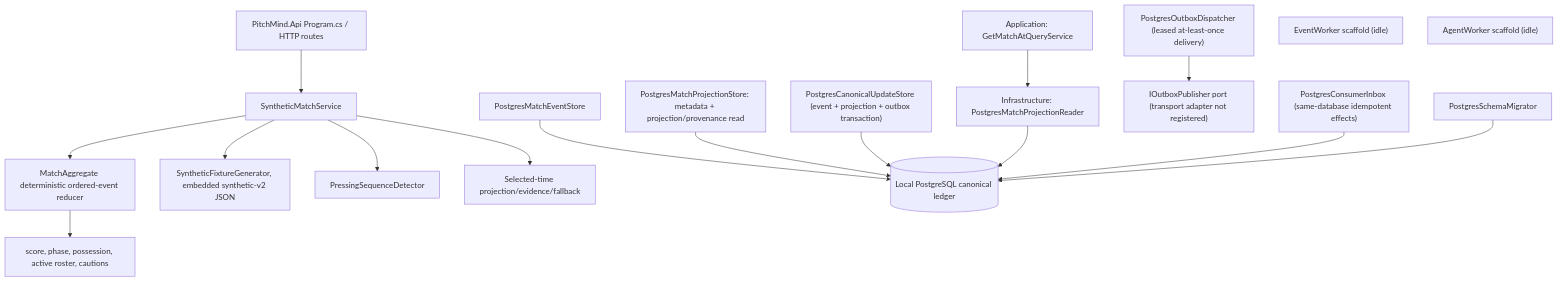
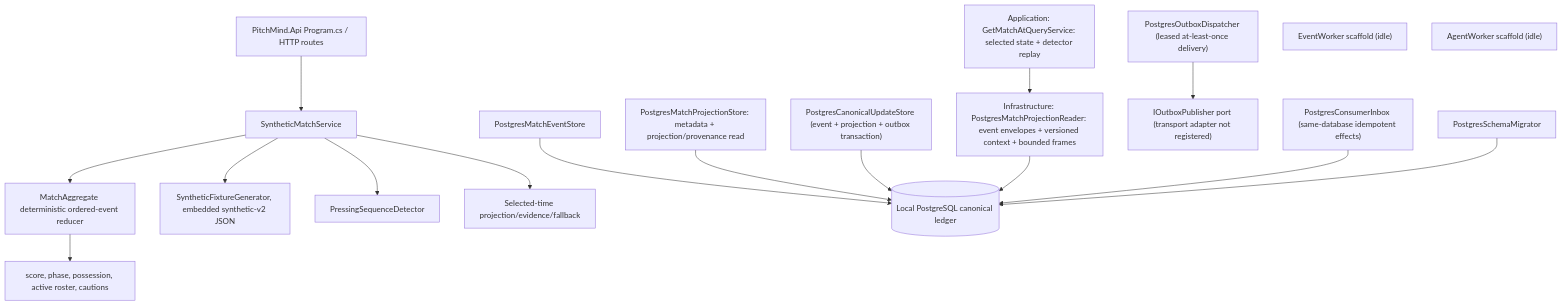
The first of 2 diagrams in docs/architecture/03-components.md (prateekgangopadhyay/PitchMind), drawn with Mermaid before and after one commit. The commit also changed other lines of this file and 5 other files, not shown here.

````diff
--- a/docs/architecture/03-components.md
+++ b/docs/architecture/03-components.md
@@ -9,18 +9,18 @@
 ```mermaid
 flowchart TB
   API["PitchMind.Api Program.cs / HTTP routes"] --> Match["SyntheticMatchService"]
   Match --> Aggregate["MatchAggregate deterministic ordered-event reducer"]
   Aggregate --> State["score, phase, possession, active roster, cautions"]
   Match --> Fixture["SyntheticFixtureGenerator, embedded synthetic-v2 JSON"]
   Match --> Press["PressingSequenceDetector"]
   Match --> Replay["Selected-time projection/evidence/fallback"]
   Ledger["PostgresMatchEventStore"] --> DB[("Local PostgreSQL canonical ledger")]
   ProjectionRead["PostgresMatchProjectionStore: metadata + projection/provenance read"] --> DB
   CanonicalWrite["PostgresCanonicalUpdateStore (event + projection + outbox transaction)"] --> DB
-  PointInTime["Application: GetMatchAtQueryService"] --> ReplayReader["Infrastructure: PostgresMatchProjectionReader"] --> DB
+  PointInTime["Application: GetMatchAtQueryService: selected state + detector replay"] --> ReplayReader["Infrastructure: PostgresMatchProjectionReader: event envelopes + versioned context + bounded frames"] --> DB
   Dispatcher["PostgresOutboxDispatcher (leased at-least-once delivery)"] --> Publisher["IOutboxPublisher port (transport adapter not registered)"]
   Inbox["PostgresConsumerInbox (same-database idempotent effects)"] --> DB
   Migrator["PostgresSchemaMigrator"] --> DB
   EventWorker["EventWorker scaffold (idle)"]
   AgentWorker["AgentWorker scaffold (idle)"]
 ```
````
